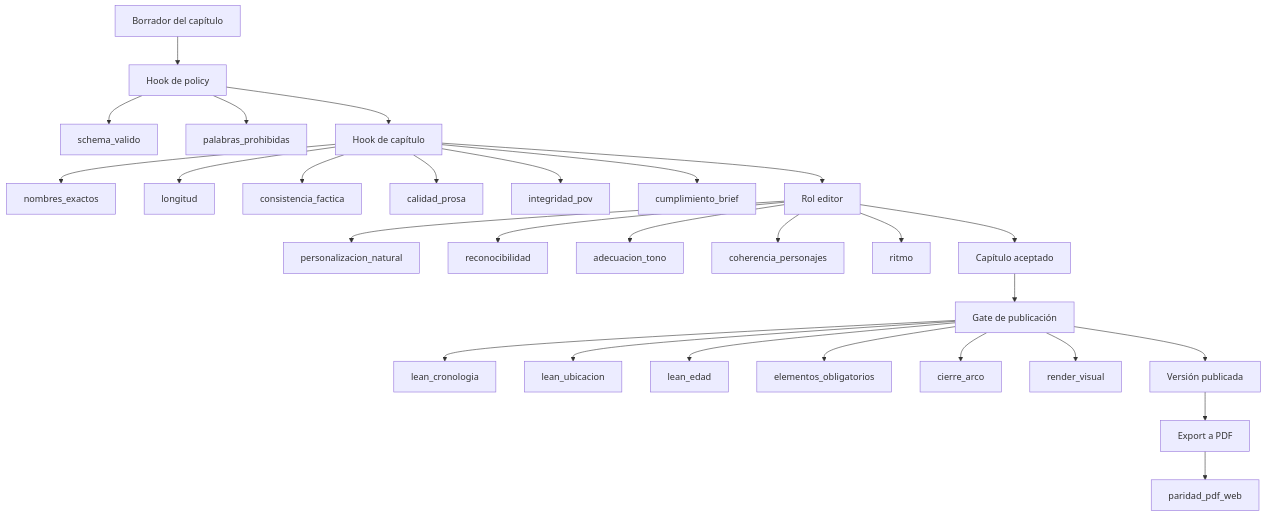
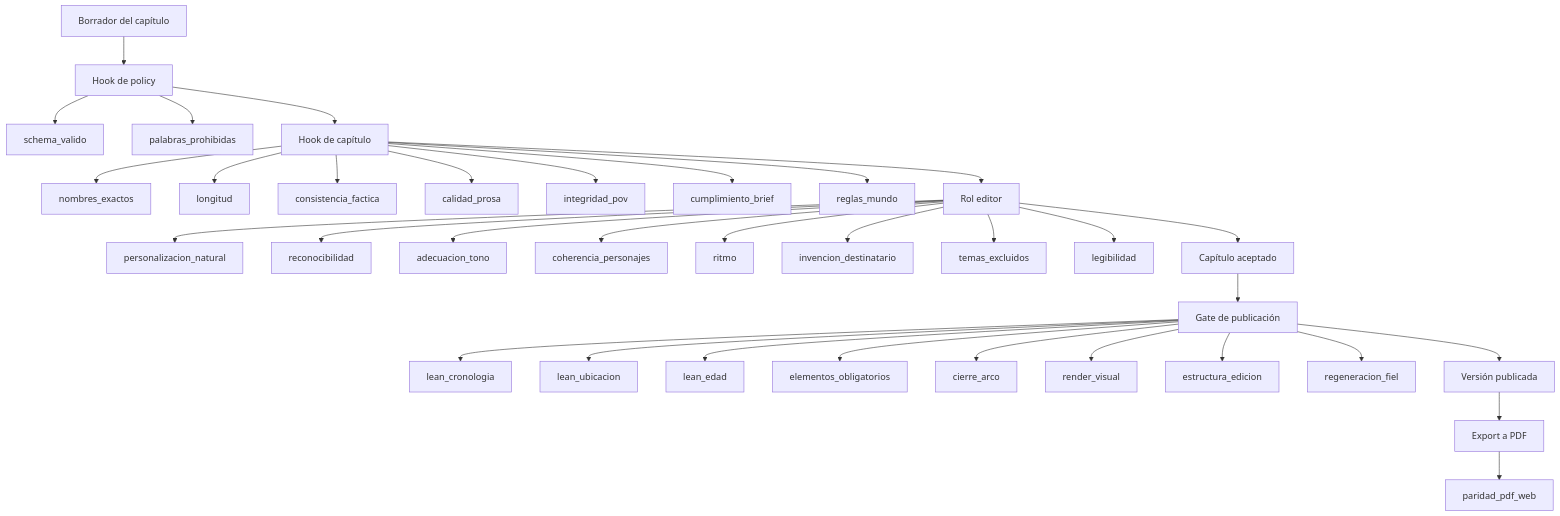
Diagram 14 of 21 in docs/domain-knowledge.md (BrunoCrz3/MyStory), drawn with Mermaid before and after one commit. The commit also changed 6 other files, not shown here.

````diff
--- a/docs/domain-knowledge.md
+++ b/docs/domain-knowledge.md
@@ -279,30 +279,36 @@
 ```mermaid
 flowchart TD
   BOR[Borrador del capítulo] --> HP[Hook de policy]
   HP --> V1[schema_valido]
   HP --> V2[palabras_prohibidas]
   HP --> HC[Hook de capítulo]
   HC --> V3[nombres_exactos]
   HC --> V4[longitud]
   HC --> V5[consistencia_factica]
   HC --> V6[calidad_prosa]
   HC --> V7[integridad_pov]
   HC --> V8[cumplimiento_brief]
+  HC --> V21[reglas_mundo]
   HC --> ED[Rol editor]
   ED --> V9[personalizacion_natural]
   ED --> V10[reconocibilidad]
   ED --> V11[adecuacion_tono]
   ED --> V12[coherencia_personajes]
   ED --> V13[ritmo]
+  ED --> V22[invencion_destinatario]
+  ED --> V23[temas_excluidos]
+  ED --> V24[legibilidad]
   ED --> ACP[Capítulo aceptado]
   ACP --> GT[Gate de publicación]
   GT --> V14[lean_cronologia]
   GT --> V15[lean_ubicacion]
   GT --> V16[lean_edad]
   GT --> V17[elementos_obligatorios]
   GT --> V18[cierre_arco]
   GT --> V19[render_visual]
+  GT --> V25[estructura_edicion]
+  GT --> V26[regeneracion_fiel]
   GT --> PUB[Versión publicada]
   PUB --> EXP[Export a PDF]
   EXP --> V20[paridad_pdf_web]
 ```
````
